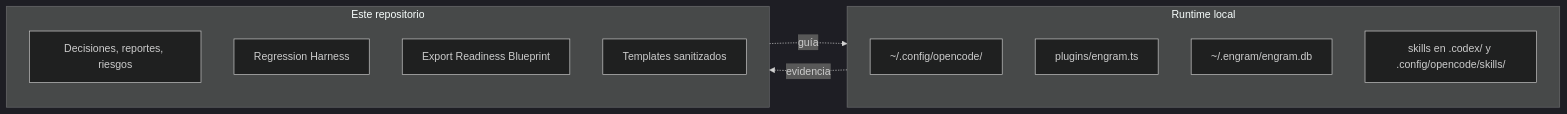
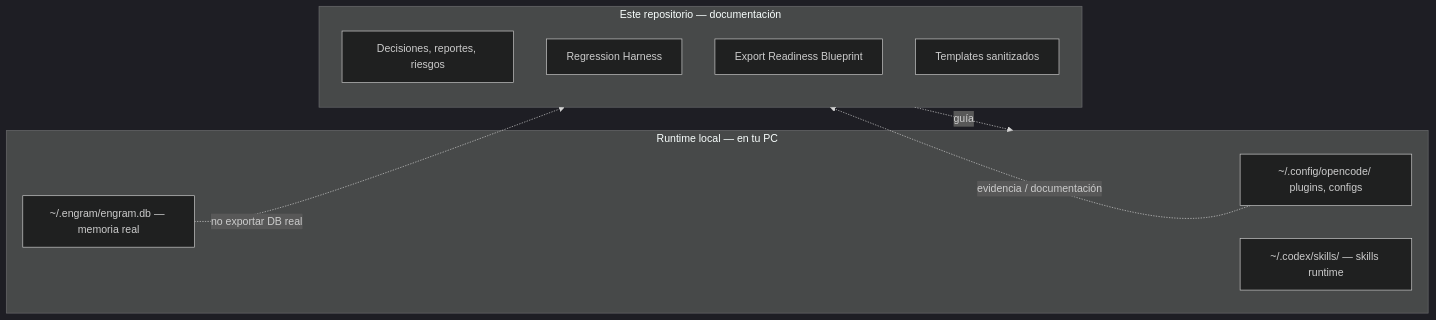
Before and after one commit to harrysxavio/opencode-architecture: the eighth of 10 diagrams in README.md, drawn with Mermaid (dark theme). The commit also changed other lines of this file and 3 other files, not shown here.

````diff
--- a/README.md
+++ b/README.md
@@ -366,19 +388,19 @@
 ```mermaid
 flowchart LR
-    subgraph LOCAL[Runtime local]
-        CONF[~/.config/opencode/]
-        PLUGINS[plugins/engram.ts]
-        MEM[~/.engram/engram.db]
-        SKILLS_L[skills en .codex/ y .config/opencode/skills/]
+    subgraph LOCAL[Runtime local — en tu PC]
+        CONF[~/.config/opencode/ plugins, configs]
+        MEM[~/.engram/engram.db — memoria real]
+        CODEX[~/.codex/skills/ — skills runtime]
     end
-    
-    subgraph REPO[Este repositorio]
+
+    subgraph REPO[Este repositorio — documentación]
         DOCS[Decisiones, reportes, riesgos]
         TESTS_H[Regression Harness]
         BLUEPRINT[Export Readiness Blueprint]
         TEMPLATES[Templates sanitizados]
     end
-    
-    LOCAL -. evidencia .-> REPO
+
+    CONF -. evidencia / documentación .-> REPO
+    MEM -. no exportar DB real .-> REPO
     REPO -. guía .-> LOCAL
 ```
````
